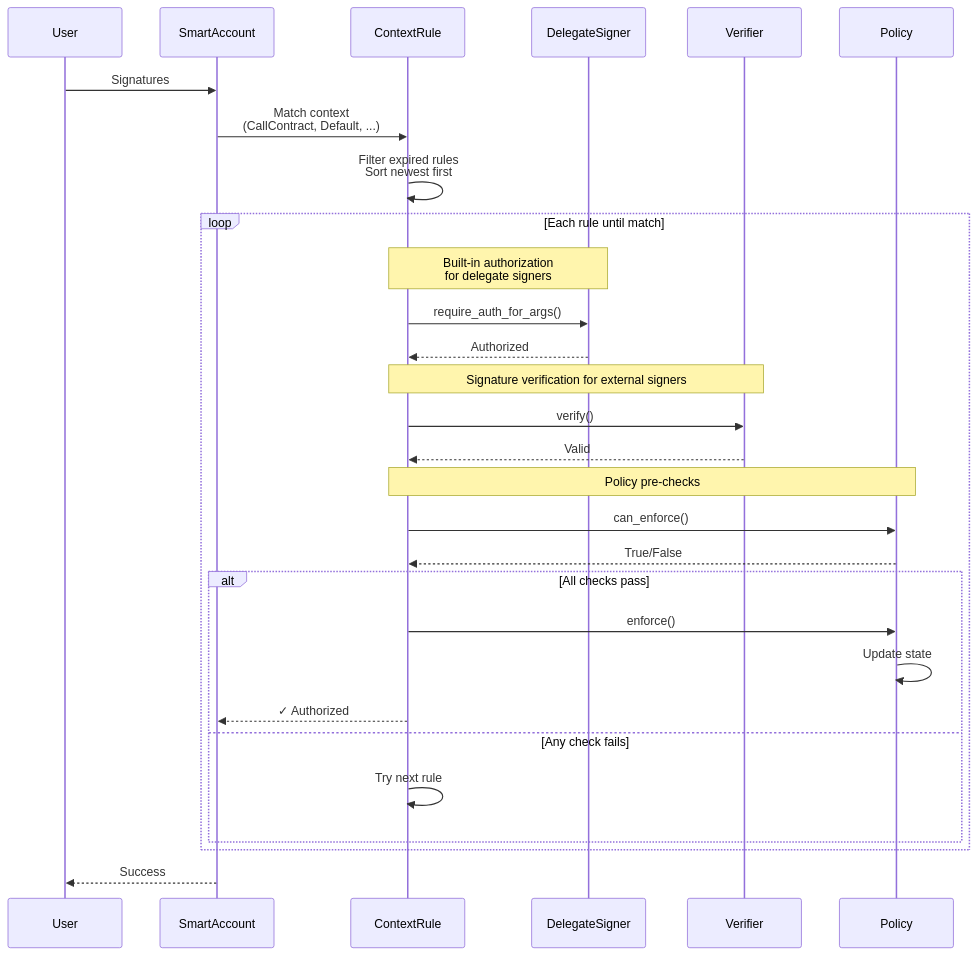
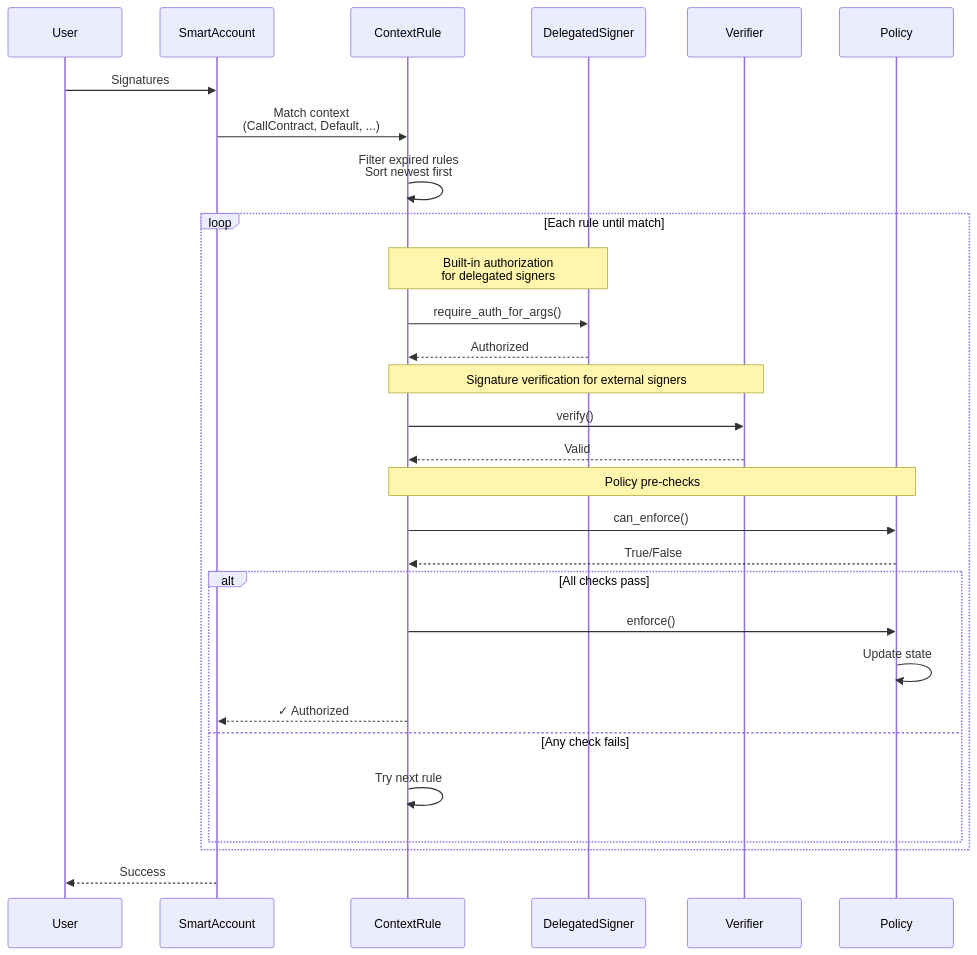
The diagram in content/stellar-contracts/accounts/authorization-flow.mdx (OpenZeppelin/docs), drawn with Mermaid before and after one commit.

````diff
--- a/content/stellar-contracts/accounts/authorization-flow.mdx
+++ b/content/stellar-contracts/accounts/authorization-flow.mdx
@@ -8,35 +8,37 @@
 ```mermaid
 sequenceDiagram
     participant User
     participant SmartAccount
     participant ContextRule
-    participant DelegateSigner
+    participant DelegatedSigner
     participant Verifier
     participant Policy
 
     User->>SmartAccount: Signatures
     SmartAccount->>ContextRule: Match context<br/>(CallContract, Default, ...)
     ContextRule->>ContextRule: Filter expired rules<br/>Sort newest first
 
     loop Each rule until match
-        Note over ContextRule,DelegateSigner: Built-in authorization <br/>for delegate signers
-        ContextRule->>DelegateSigner: require_auth_for_args()
-        DelegateSigner-->>ContextRule: Authorized
+        Note over ContextRule,DelegatedSigner: Built-in authorization <br/>for delegated signers
+        ContextRule->>DelegatedSigner: require_auth_for_args()
+        DelegatedSigner-->>ContextRule: Authorized
+
         Note over ContextRule,Verifier: Signature verification for external signers
         ContextRule->>Verifier: verify()
         Verifier-->>ContextRule: Valid
+
         Note over ContextRule,Policy: Policy pre-checks
         ContextRule->>Policy: can_enforce()
         Policy-->>ContextRule: True/False
 
         alt All checks pass
             ContextRule->>Policy: enforce()
             Policy->>Policy: Update state
             ContextRule-->>SmartAccount: ✓ Authorized
         else Any check fails
             ContextRule->>ContextRule: Try next rule
         end
     end
 
     SmartAccount-->>User: Success
 ```
````
